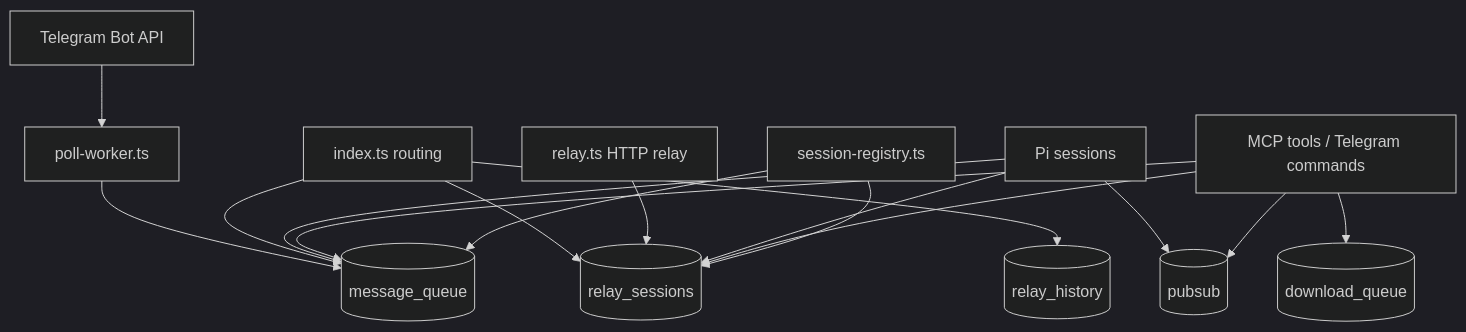
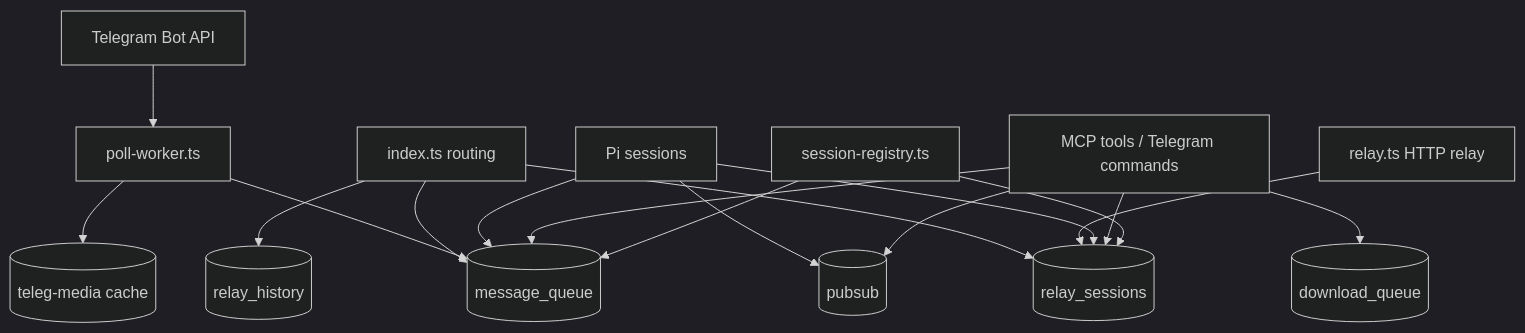
One commit to abhaymin/pi-teleg changed the second of 11 diagrams in README.md. Above: the diagram before and after it, drawn with Mermaid (dark theme). The commit also changed other lines of this file and 6 other files, not shown here.

````diff
--- a/README.md
+++ b/README.md
@@ -125,18 +127,19 @@
 ```mermaid
 flowchart TD
   Telegram[Telegram Bot API] --> Worker[poll-worker.ts]
   Worker --> MQ[(message_queue)]
+  Worker --> Media[(teleg-media cache)]
   Router[index.ts routing] --> MQ
   Router --> RS[(relay_sessions)]
   Router --> RH[(relay_history)]
   Relay[relay.ts HTTP relay] --> RS
   Sessions[Pi sessions] --> RS
   Sessions --> MQ
   Sessions --> PS[(pubsub)]
   Tools[MCP tools / Telegram commands] --> MQ
   Tools --> RS
   Tools --> DQ[(download_queue)]
   Tools --> PS
   Registry[session-registry.ts] --> RS
   Registry --> MQ
 ```
````
